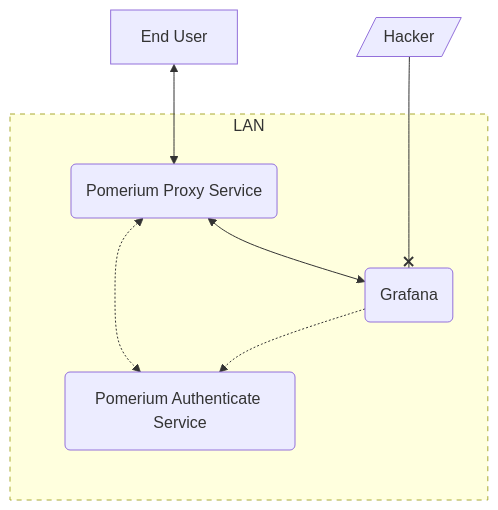
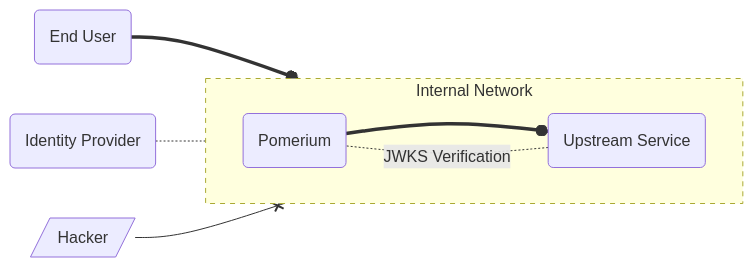
The fourth of 16 diagrams in docs/docs/topics/mutual-auth.md (pomerium/pomerium), drawn with Mermaid before and after one commit. The commit also changed other lines of this file and 1 other file, not shown here.

````diff
--- a/docs/docs/topics/mutual-auth.md
+++ b/docs/docs/topics/mutual-auth.md
@@ -111,19 +108,16 @@
 ```mermaid
-flowchart TD
-    D[End User]
-    E[/Hacker/]
-    E---xC
-    D<-->A
-    subgraph LAN
-    style LAN stroke-dasharray: 5 5
-        subgraph Pomerium[ ];
-        style Pomerium stroke-width: 0
-            A(Pomerium Proxy Service)
-            B(Pomerium Authenticate Service)
-        end
-            C(Grafana)
-    end
-    A <-.-> B
-    A <--> C
-    C -.-> B
+flowchart LR
+D(End User)
+C(Identity Provider)
+D==oA
+subgraph lan[Internal Network]
+  direction LR
+  style lan stroke-dasharray: 5 5
+  A(Pomerium)
+  B(Upstream Service)
+  A ==o B
+end
+B-.JWKS Verification.-A
+C-.-A
+E[/Hacker/] --x B
 ```
````
